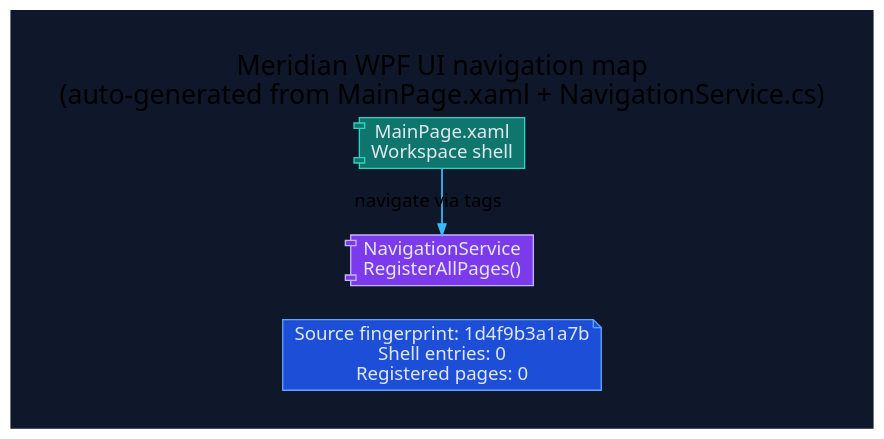
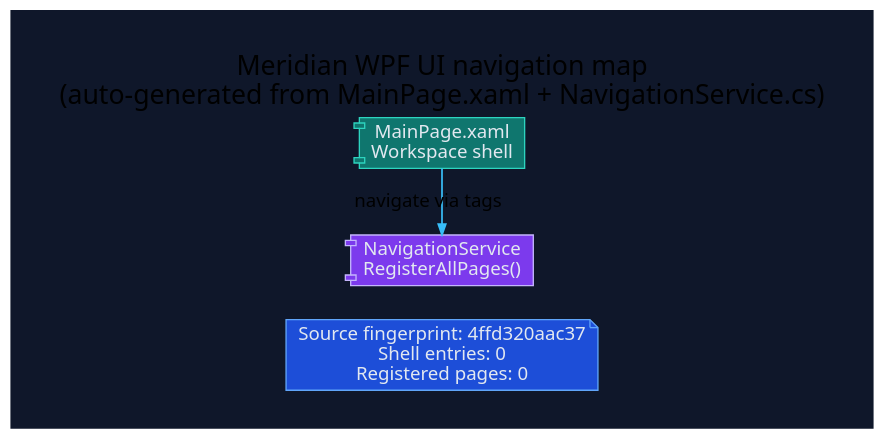
The diagram in docs/diagrams/ui-navigation-map.dot (rodoHasArrived/Meridian-main), drawn with Graphviz before and after one commit. The commit also changed 5 other files, not shown here.

Commit message:
docs(diagrams): regenerate diagram artifacts from sources

```diff
--- a/docs/diagrams/ui-navigation-map.dot
+++ b/docs/diagrams/ui-navigation-map.dot
@@ -1,27 +1,27 @@
 // -----------------------------------------------------------------------------
 // <auto-generated>
 // Generated by scripts/generate-diagrams.mjs.
 // Do not edit this file directly; update the WPF source files instead.
 // -----------------------------------------------------------------------------
 digraph UiNavigationMap {
   graph [
     rankdir=LR,
     labelloc=t,
     label="Meridian WPF UI navigation map\n(auto-generated from MainPage.xaml + NavigationService.cs)",
     fontname="Segoe UI",
     fontsize=20,
     pad=0.4,
     nodesep=0.35,
     ranksep=1.0,
     bgcolor="#0f172a"
   ];
   node [fontname="Segoe UI", shape=box, style="rounded,filled", color="#475569", fontcolor="#e2e8f0", fillcolor="#1e293b"];
   edge [fontname="Segoe UI", color="#94a3b8", penwidth=1.3, arrowsize=0.8];
 
-  generated [shape=note, fillcolor="#1d4ed8", color="#60a5fa", label="Source fingerprint: 1d4f9b3a1a7b\nShell entries: 0\nRegistered pages: 0"];
+  generated [shape=note, fillcolor="#1d4ed8", color="#60a5fa", label="Source fingerprint: 4ffd320aac37\nShell entries: 0\nRegistered pages: 0"];
   shell [shape=component, fillcolor="#0f766e", color="#2dd4bf", label="MainPage.xaml\nWorkspace shell"];
   navigation [shape=component, fillcolor="#7c3aed", color="#c4b5fd", label="NavigationService\nRegisterAllPages()"];
   shell -> navigation [label="navigate via tags", color="#38bdf8"];
 
   { rank=min; generated; shell; navigation; }
 }
```
